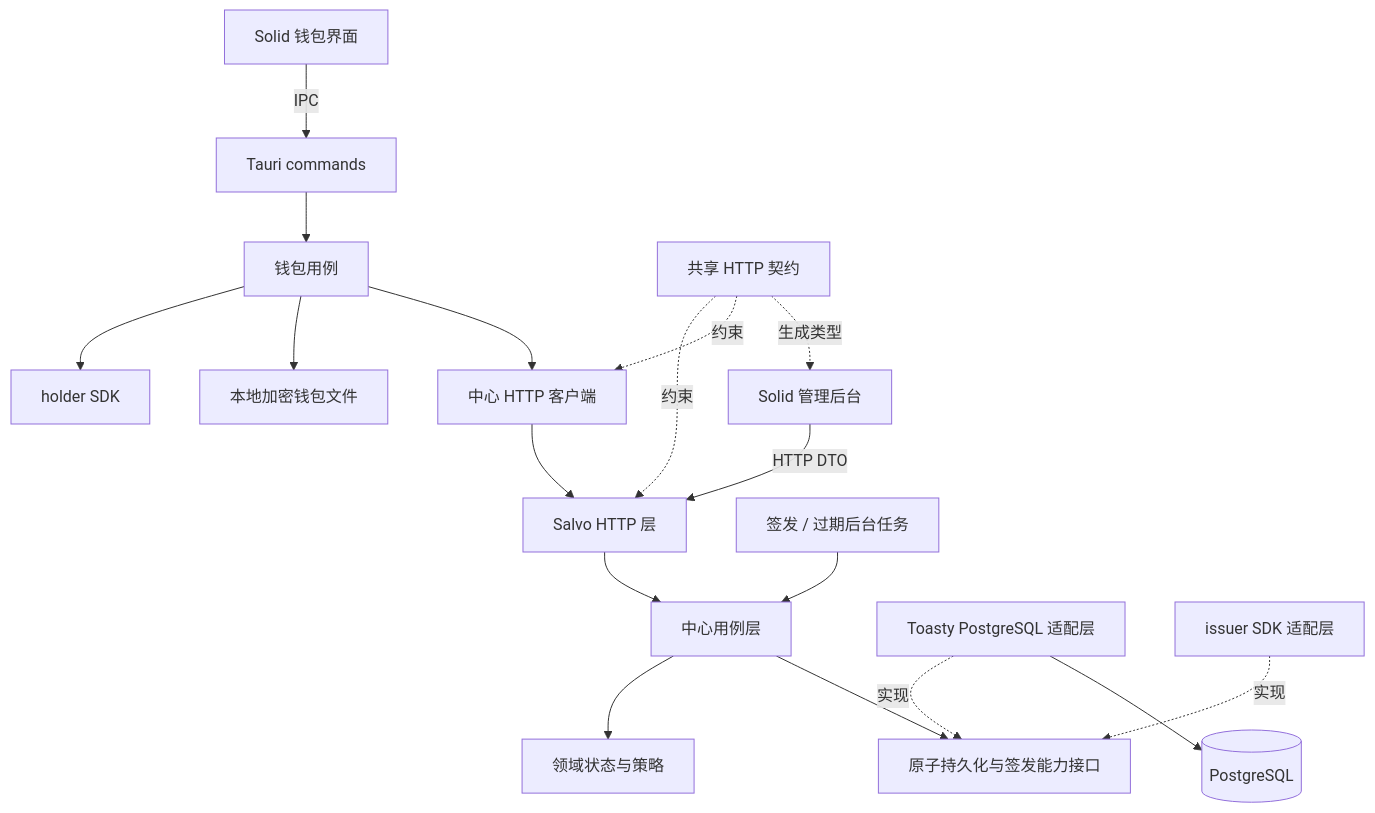
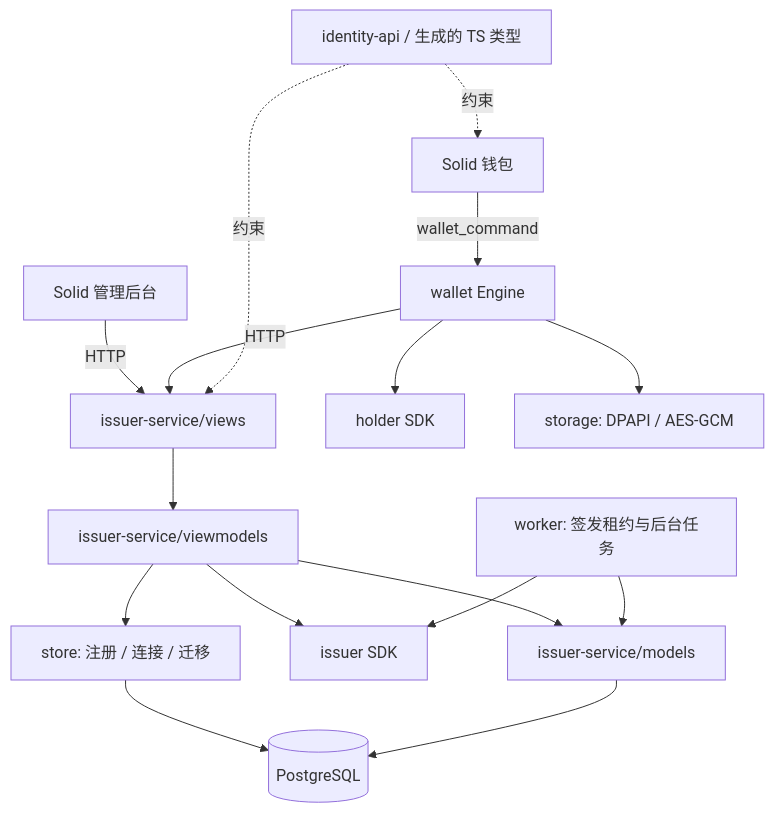
The diagram in docs/identity-center-wallet-project-structure.md (OhMyStas507/crypto-sso), drawn with Mermaid before and after one commit. The commit also changed other lines of this file and 6 other files, not shown here.

````diff
--- a/docs/identity-center-wallet-project-structure.md
+++ b/docs/identity-center-wallet-project-structure.md
@@ -23,20 +22,18 @@
 ```mermaid
 flowchart TD
-    AdminUI[Solid 管理后台] -->|HTTP DTO| Http[Salvo HTTP 层]
-    Http --> UseCases[中心用例层]
-    Jobs[签发 / 过期后台任务] --> UseCases
-    UseCases --> Domain[领域状态与策略]
-    UseCases --> Ports[原子持久化与签发能力接口]
-    PgAdapter[Toasty PostgreSQL 适配层] -.实现.-> Ports
-    Signer[issuer SDK 适配层] -.实现.-> Ports
-    PgAdapter --> PG[(PostgreSQL)]
-    WalletUI[Solid 钱包界面] -->|IPC| Commands[Tauri commands]
-    Commands --> WalletCases[钱包用例]
-    WalletCases --> Holder[holder SDK]
-    WalletCases --> Vault[本地加密钱包文件]
-    WalletCases --> Client[中心 HTTP 客户端]
-    Client --> Http
-    Contracts[共享 HTTP 契约] -.约束.-> Http
-    Contracts -.约束.-> Client
-    Contracts -.生成类型.-> AdminUI
+    AdminUI[Solid 管理后台] -->|HTTP| Views[issuer-service/views]
+    Views --> VM[issuer-service/viewmodels]
+    VM --> Models[issuer-service/models]
+    VM --> SDK[issuer SDK]
+    VM --> Store[store: 注册 / 连接 / 迁移]
+    Worker[worker: 签发租约与后台任务] --> Models
+    Worker --> SDK
+    Store --> PG[(PostgreSQL)]
+    Models --> PG
+    WalletUI[Solid 钱包] -->|wallet_command| Engine[wallet Engine]
+    Engine --> Holder[holder SDK]
+    Engine --> Vault[storage: DPAPI / AES-GCM]
+    Engine -->|HTTP| Views
+    Contracts[identity-api / 生成的 TS 类型] -.约束.-> Views
+    Contracts -.约束.-> WalletUI
 ```
````
